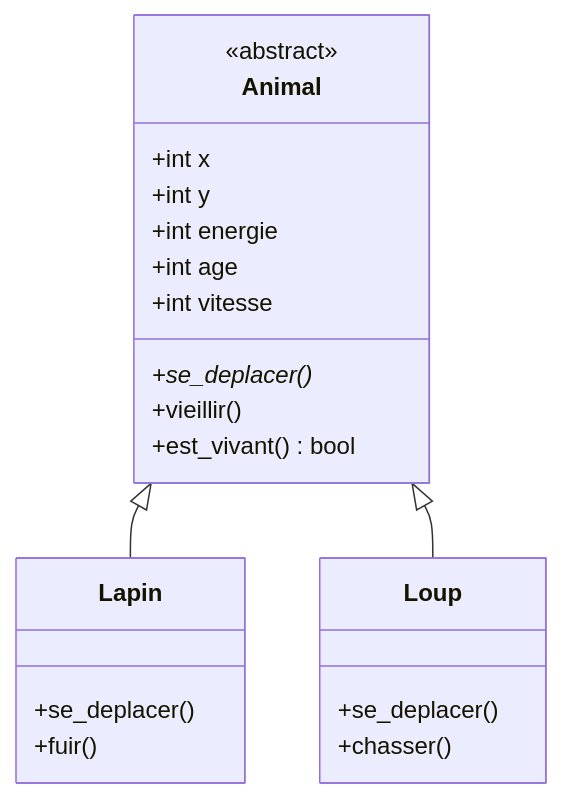
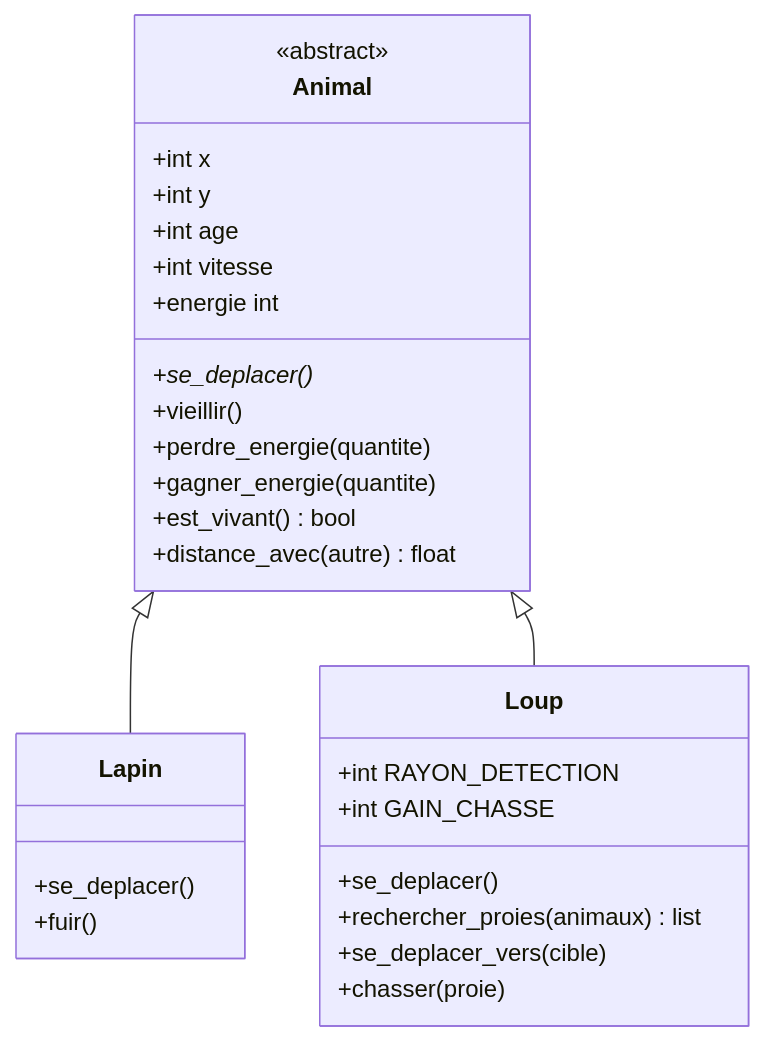
The second of 2 diagrams in traduction-rapport.md (hmty-CHEN/POO-TP1), drawn with Mermaid before and after one commit. The commit also changed other lines of this file and 5 other files, not shown here.

Commit message:
Exercices 15 a 18 : encapsulation, chasse, distance et detection

````diff
--- a/traduction-rapport.md
+++ b/traduction-rapport.md
@@ -56,24 +56,31 @@
 ```mermaid
 classDiagram
     class Animal {
         <<abstract>>
         +int x
         +int y
-        +int energie
         +int age
         +int vitesse
+        +energie int
         +se_deplacer()*
         +vieillir()
+        +perdre_energie(quantite)
+        +gagner_energie(quantite)
         +est_vivant() bool
+        +distance_avec(autre) float
     }
     class Lapin {
         +se_deplacer()
         +fuir()
     }
     class Loup {
+        +int RAYON_DETECTION
+        +int GAIN_CHASSE
         +se_deplacer()
-        +chasser()
+        +rechercher_proies(animaux) list
+        +se_deplacer_vers(cible)
+        +chasser(proie)
     }
     Animal <|-- Lapin
     Animal <|-- Loup
 ```
````
